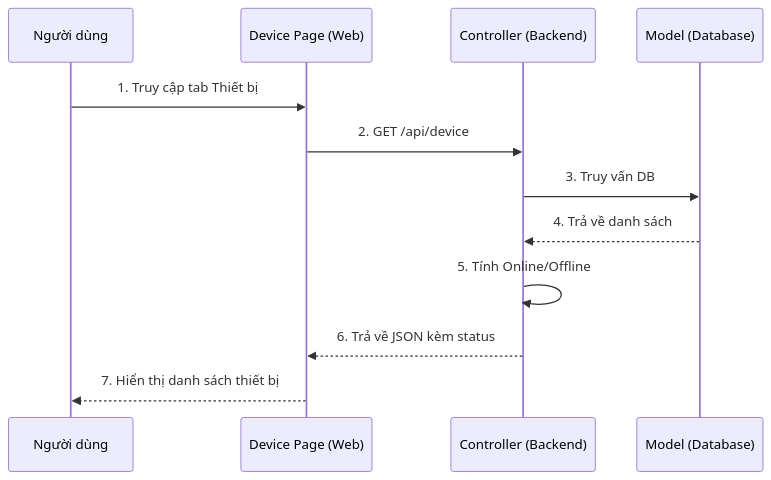
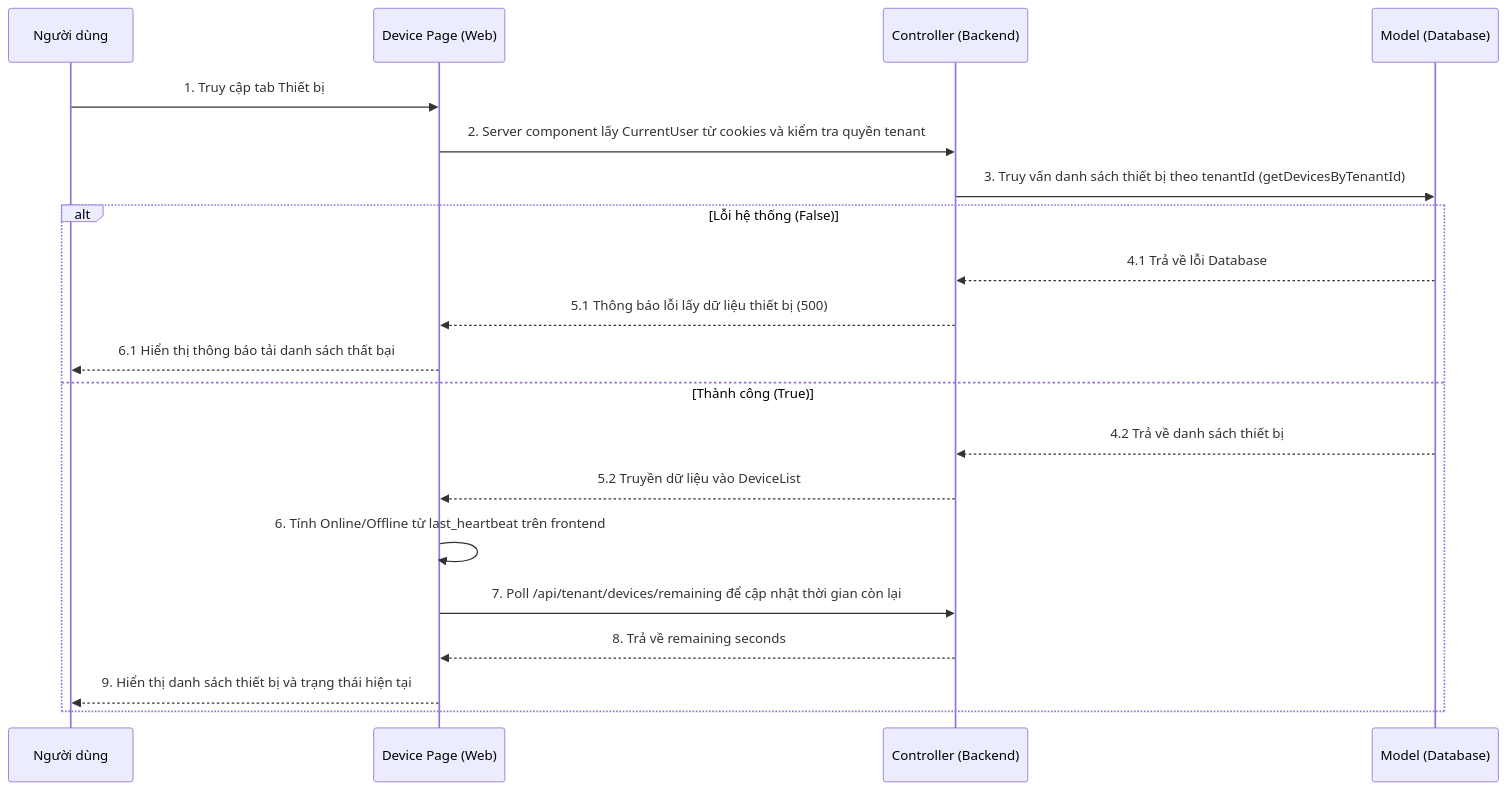
One commit to ngogiaquyen/acw-srs changed diagram 11 of 18 in documents/sequence-diagrams.md. Above: the diagram before and after it, drawn with Mermaid. The commit also changed other lines of this file and 23 other files, not shown here.

````diff
--- a/documents/sequence-diagrams.md
+++ b/documents/sequence-diagrams.md
@@ -251,15 +339,24 @@
 ```mermaid
 sequenceDiagram
     participant U as Người dùng
     participant W as Device Page (Web)
     participant B as Controller (Backend)
     participant D as Model (Database)
 
     U->>W: 1. Truy cập tab Thiết bị
-    W->>B: 2. GET /api/device
-    B->>D: 3. Truy vấn DB
-    D-->>B: 4. Trả về danh sách
-    B->>B: 5. Tính Online/Offline
-    B-->>W: 6. Trả về JSON kèm status
-    W-->>U: 7. Hiển thị danh sách thiết bị
+    W->>B: 2. Server component lấy CurrentUser từ cookies và kiểm tra quyền tenant
+    B->>D: 3. Truy vấn danh sách thiết bị theo tenantId (getDevicesByTenantId)
+
+    alt Lỗi hệ thống (False)
+        D-->>B: 4.1 Trả về lỗi Database
+        B-->>W: 5.1 Thông báo lỗi lấy dữ liệu thiết bị (500)
+        W-->>U: 6.1 Hiển thị thông báo tải danh sách thất bại
+    else Thành công (True)
+        D-->>B: 4.2 Trả về danh sách thiết bị
+        B-->>W: 5.2 Truyền dữ liệu vào DeviceList
+        W->>W: 6. Tính Online/Offline từ last_heartbeat trên frontend
+        W->>B: 7. Poll /api/tenant/devices/remaining để cập nhật thời gian còn lại
+        B-->>W: 8. Trả về remaining seconds
+        W-->>U: 9. Hiển thị danh sách thiết bị và trạng thái hiện tại
+    end
 ```
````
